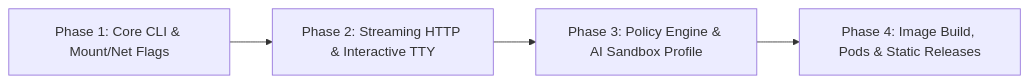
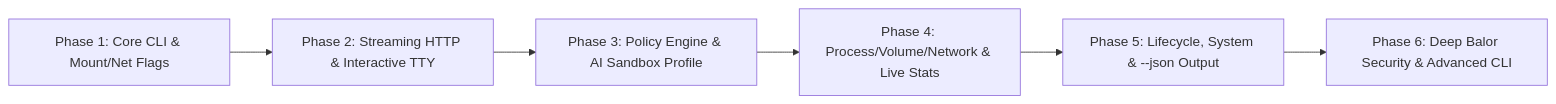
Before and after one commit to srayuth202510-byte/zigpodza: the diagram in projectplan.md, drawn with Mermaid. The commit also changed other lines of this file and 1 other file, not shown here.

Commit message:
docs: add Phase 6 Balor security integration and CLI roadmap to projectplan.md

````diff
--- a/projectplan.md
+++ b/projectplan.md
@@ -281,6 +281,8 @@
 ```mermaid
 flowchart LR
     P1["Phase 1: Core CLI & Mount/Net Flags"] --> P2["Phase 2: Streaming HTTP & Interactive TTY"]
     P2 --> P3["Phase 3: Policy Engine & AI Sandbox Profile"]
-    P3 --> P4["Phase 4: Image Build, Pods & Static Releases"]
+    P3 --> P4["Phase 4: Process/Volume/Network & Live Stats"]
+    P4 --> P5["Phase 5: Lifecycle, System & --json Output"]
+    P5 --> P6["Phase 6: Deep Balor Security & Advanced CLI"]
 ```
````
